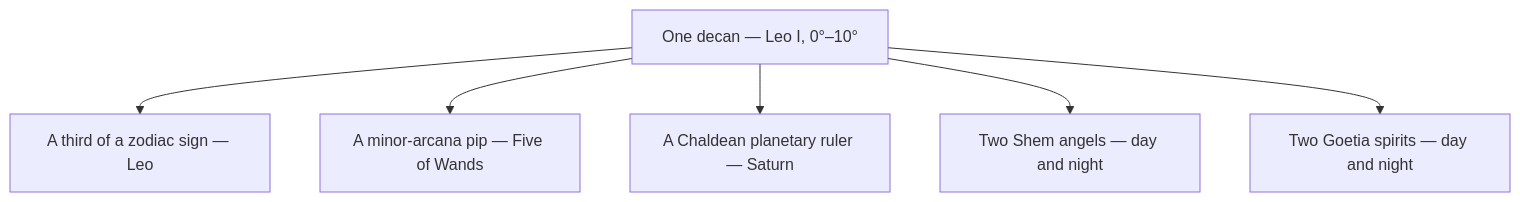
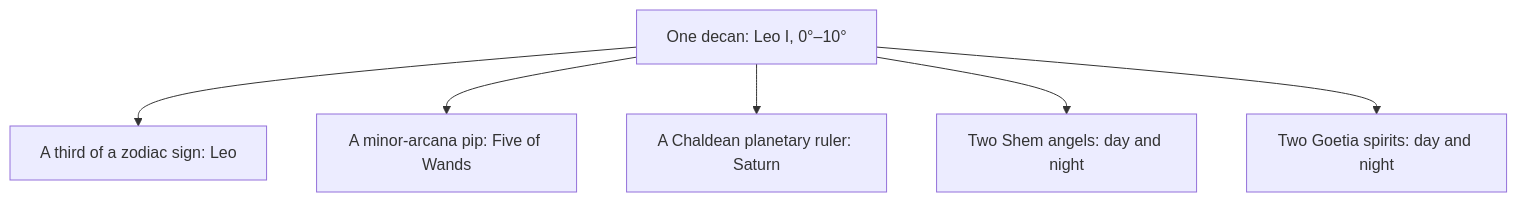
The diagram in data/knowledge/astrology/the-36-decans.md (kennethreitz/kennethreitz.org), drawn with Mermaid before and after one commit. The commit also changed other lines of this file and 879 other files, not shown here.

````diff
--- a/data/knowledge/astrology/the-36-decans.md
+++ b/data/knowledge/astrology/the-36-decans.md
@@ -24,9 +24,9 @@
 ```mermaid
 flowchart TD
-    D["One decan — Leo I, 0°–10°"]
-    D --> Z["A third of a zodiac sign — Leo"]
-    D --> T["A minor-arcana pip — Five of Wands"]
-    D --> R["A Chaldean planetary ruler — Saturn"]
-    D --> A["Two Shem angels — day and night"]
-    D --> G["Two Goetia spirits — day and night"]
+    D["One decan: Leo I, 0°–10°"]
+    D --> Z["A third of a zodiac sign: Leo"]
+    D --> T["A minor-arcana pip: Five of Wands"]
+    D --> R["A Chaldean planetary ruler: Saturn"]
+    D --> A["Two Shem angels: day and night"]
+    D --> G["Two Goetia spirits: day and night"]
 ```
````
